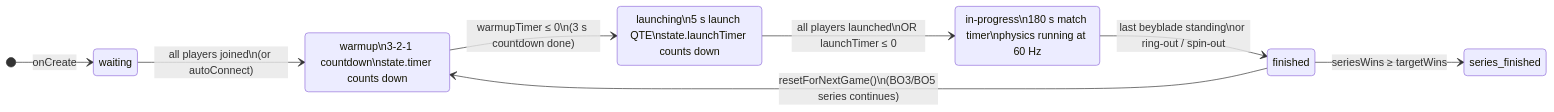
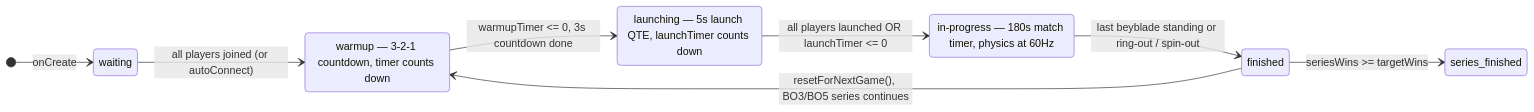
One commit to mohasinac/2.5D-Game changed the first of 5 diagrams in research/diagrams/diagram-sequence-launch.md. Above: the diagram before and after it, drawn with Mermaid. The commit also changed other lines of this file and 80 other files, not shown here.

````diff
--- a/research/diagrams/diagram-sequence-launch.md
+++ b/research/diagrams/diagram-sequence-launch.md
@@ -9,16 +9,16 @@
 ```mermaid
 stateDiagram-v2
   direction LR
 
   [*] --> waiting : onCreate
-  waiting --> warmup : all players joined\n(or autoConnect)
-  warmup --> launching : warmupTimer ≤ 0\n(3 s countdown done)
-  launching --> in_progress : all players launched\nOR launchTimer ≤ 0
-  in_progress --> finished : last beyblade standing\nor ring-out / spin-out
-  finished --> warmup : resetForNextGame()\n(BO3/BO5 series continues)
-  finished --> series_finished : seriesWins ≥ targetWins
+  waiting --> warmup : all players joined (or autoConnect)
+  warmup --> launching : warmupTimer <= 0, 3s countdown done
+  launching --> in_progress : all players launched OR launchTimer <= 0
+  in_progress --> finished : last beyblade standing or ring-out / spin-out
+  finished --> warmup : resetForNextGame(), BO3/BO5 series continues
+  finished --> series_finished : seriesWins >= targetWins
 
-  warmup : warmup\n3-2-1 countdown\nstate.timer counts down
-  launching : launching\n5 s launch QTE\nstate.launchTimer counts down
-  in_progress : in-progress\n180 s match timer\nphysics running at 60 Hz
+  warmup : warmup — 3-2-1 countdown, timer counts down
+  launching : launching — 5s launch QTE, launchTimer counts down
+  in_progress : in-progress — 180s match timer, physics at 60Hz
 ```
````
